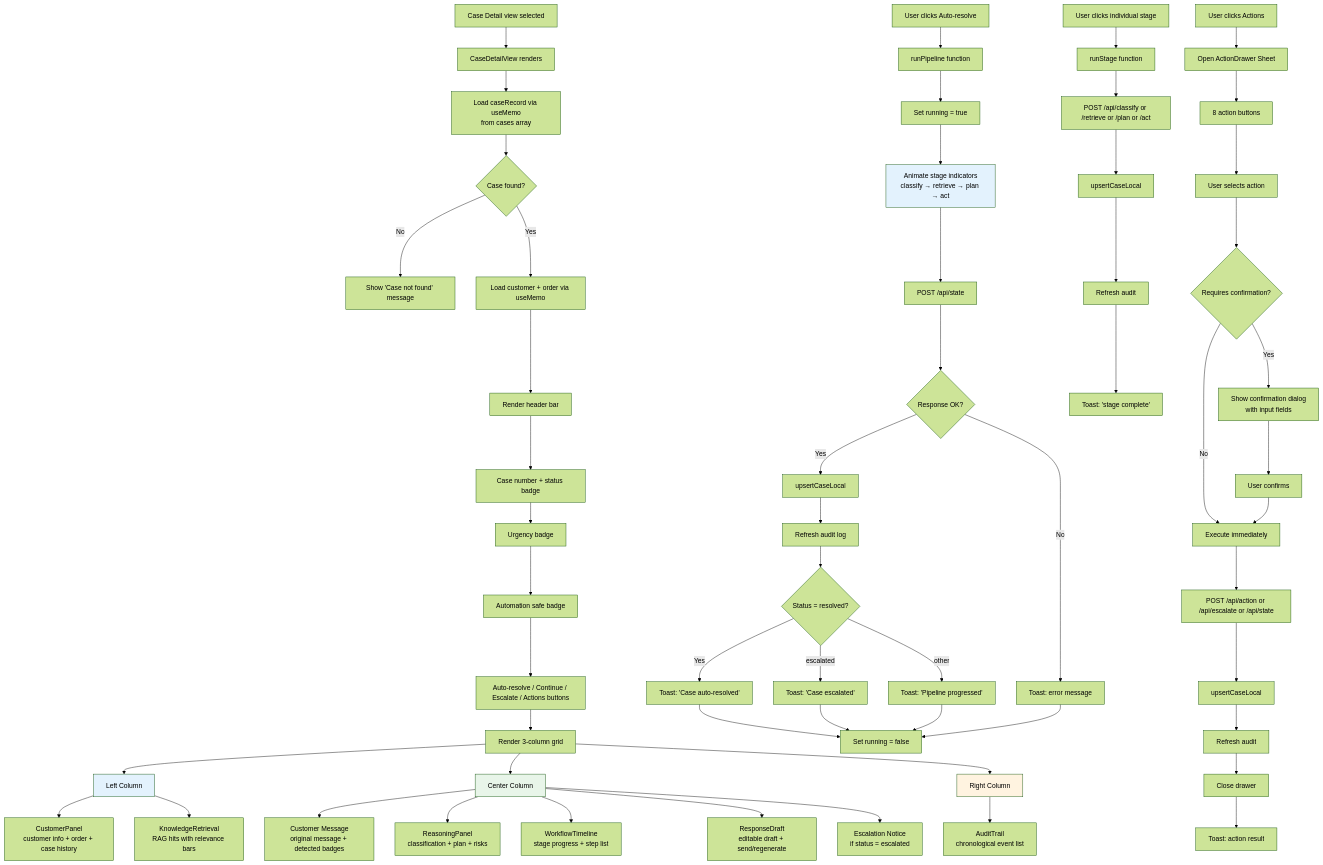
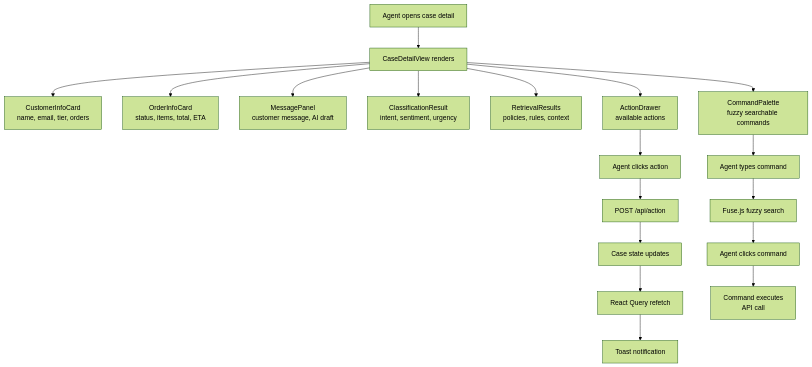
One commit to rmn2178/TENTACLE changed diagram 20 of 26 in README.md. Above: the diagram before and after it, drawn with Mermaid (forest theme). The commit also changed other lines of this file and 14 other files, not shown here.

````diff
--- a/README.md
+++ b/README.md
@@ -1150,70 +1140,22 @@
 ```mermaid
 flowchart TD
-    A[Case Detail view selected] --> B[CaseDetailView renders]
-    B --> C[Load caseRecord via useMemo<br/>from cases array]
-    C --> D{Case found?}
-    D -- No --> D1[Show 'Case not found' message]
-    D -- Yes --> E[Load customer + order via useMemo]
-    E --> F[Render header bar]
-    F --> F1[Case number + status badge]
-    F1 --> F2[Urgency badge]
-    F2 --> F3[Automation safe badge]
-    F3 --> F4[Auto-resolve / Continue / Escalate / Actions buttons]
+    A[Agent opens case detail] --> B[CaseDetailView renders]
+    B --> C[CustomerInfoCard<br/>name, email, tier, orders]
+    B --> D[OrderInfoCard<br/>status, items, total, ETA]
+    B --> E[MessagePanel<br/>customer message, AI draft]
+    B --> F[ClassificationResult<br/>intent, sentiment, urgency]
+    B --> G[RetrievalResults<br/>policies, rules, context]
+    B --> H[ActionDrawer<br/>available actions]
+    B --> I[CommandPalette<br/>fuzzy searchable commands]
 
-    F4 --> G[Render 3-column grid]
-    G --> G1[Left Column]
-    G1 --> G1a[CustomerPanel<br/>customer info + order + case history]
-    G1 --> G1b[KnowledgeRetrieval<br/>RAG hits with relevance bars]
+    H --> H1[Agent clicks action]
+    H1 --> H2[POST /api/action]
+    H2 --> H3[Case state updates]
+    H3 --> H4[React Query refetch]
+    H4 --> H5[Toast notification]
 
-    G --> G2[Center Column]
-    G2 --> G2a[Customer Message<br/>original message + detected badges]
-    G2 --> G2b[ReasoningPanel<br/>classification + plan + risks]
-    G2 --> G2c[WorkflowTimeline<br/>stage progress + step list]
-    G2 --> G2d[ResponseDraft<br/>editable draft + send/regenerate]
-    G2 --> G2e[Escalation Notice<br/>if status = escalated]
-
-    G --> G3[Right Column]
-    G3 --> G3a[AuditTrail<br/>chronological event list]
-
-    H[User clicks Auto-resolve] --> H1[runPipeline function]
-    H1 --> H2[Set running = true]
-    H2 --> H3[Animate stage indicators<br/>classify → retrieve → plan → act]
-    H3 --> H4[POST /api/state]
-    H4 --> H5{Response OK?}
-    H5 -- Yes --> H6[upsertCaseLocal]
-    H6 --> H7[Refresh audit log]
-    H7 --> H8{Status = resolved?}
-    H8 -- Yes --> H9[Toast: 'Case auto-resolved']
-    H8 -- escalated --> H10[Toast: 'Case escalated']
-    H8 -- other --> H11[Toast: 'Pipeline progressed']
-    H5 -- No --> H12[Toast: error message]
-    H9 --> H13[Set running = false]
-    H10 --> H13
-    H11 --> H13
-    H12 --> H13
-
-    I[User clicks individual stage] --> I1[runStage function]
-    I1 --> I2[POST /api/classify or /retrieve or /plan or /act]
-    I2 --> I3[upsertCaseLocal]
-    I3 --> I4[Refresh audit]
-    I4 --> I5[Toast: 'stage complete']
-
-    J[User clicks Actions] --> J1[Open ActionDrawer Sheet]
-    J1 --> J2[8 action buttons]
-    J2 --> J3[User selects action]
-    J3 --> J4{Requires confirmation?}
-    J4 -- Yes --> J4a[Show confirmation dialog<br/>with input fields]
-    J4 -- No --> J4b[Execute immediately]
-    J4a --> J4c[User confirms]
-    J4c --> J4b
-    J4b --> J5[POST /api/action or /api/escalate or /api/state]
-    J5 --> J6[upsertCaseLocal]
-    J6 --> J7[Refresh audit]
-    J7 --> J8[Close drawer]
-    J8 --> J9[Toast: action result]
-
-    style G1 fill:#e3f2fd
-    style G2 fill:#e8f5e9
-    style G3 fill:#fff3e0
-    style H3 fill:#e3f2fd
+    I --> I1[Agent types command]
+    I1 --> I2[Fuse.js fuzzy search]
+    I2 --> I3[Agent clicks command]
+    I3 --> I4[Command executes<br/>API call]
 ```
````
